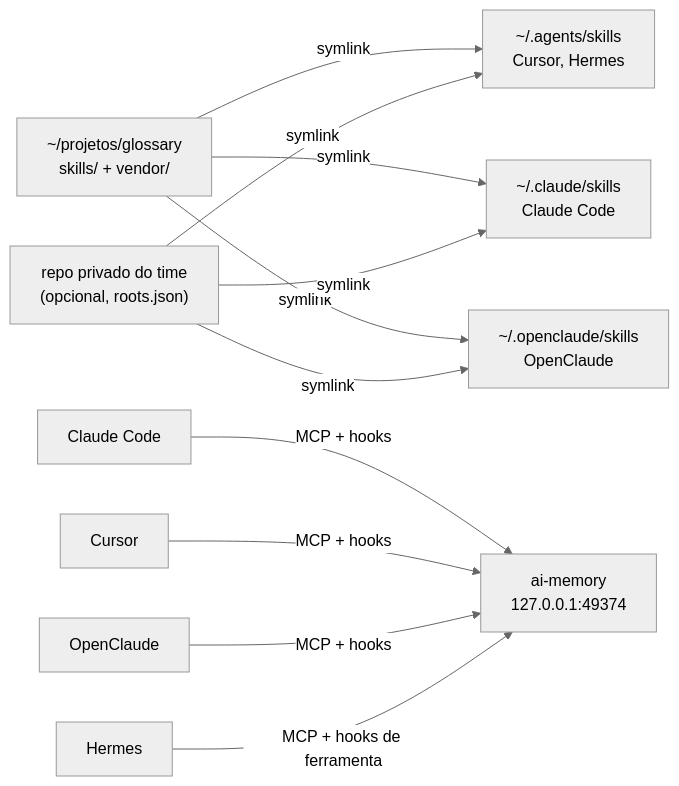
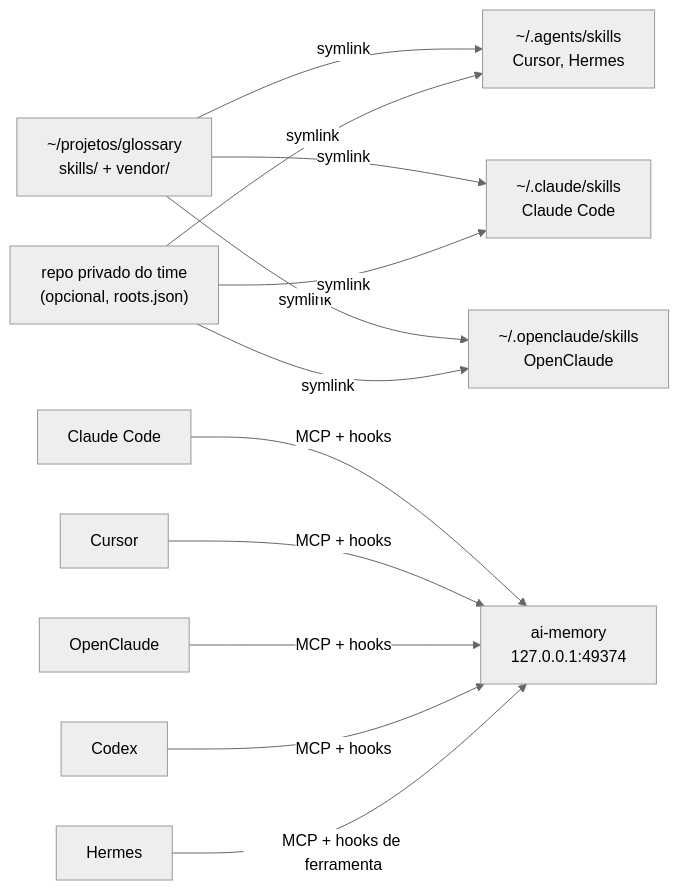
The diagram in docs/AVANCADO.md (randsondev/glossary), drawn with Mermaid (neutral theme) before and after one commit. The commit also changed other lines of this file and 6 other files, not shown here.

````diff
--- a/docs/AVANCADO.md
+++ b/docs/AVANCADO.md
@@ -13,12 +13,12 @@
 ```mermaid
 flowchart LR
   repo["~/projetos/glossary<br/>skills/ + vendor/"]
   priv["repo privado do time<br/>(opcional, roots.json)"]
   repo -- symlink --> A["~/.agents/skills<br/>Cursor, Hermes"]
   repo -- symlink --> C["~/.claude/skills<br/>Claude Code"]
   repo -- symlink --> O["~/.openclaude/skills<br/>OpenClaude"]
   priv -- symlink --> A & C & O
   mem["ai-memory<br/>127.0.0.1:49374"]
-  CC[Claude Code] & CU[Cursor] & OC[OpenClaude] -- MCP + hooks --> mem
+  CC[Claude Code] & CU[Cursor] & OC[OpenClaude] & CX[Codex] -- MCP + hooks --> mem
   HE[Hermes] -- MCP + hooks de ferramenta --> mem
 ```
````
